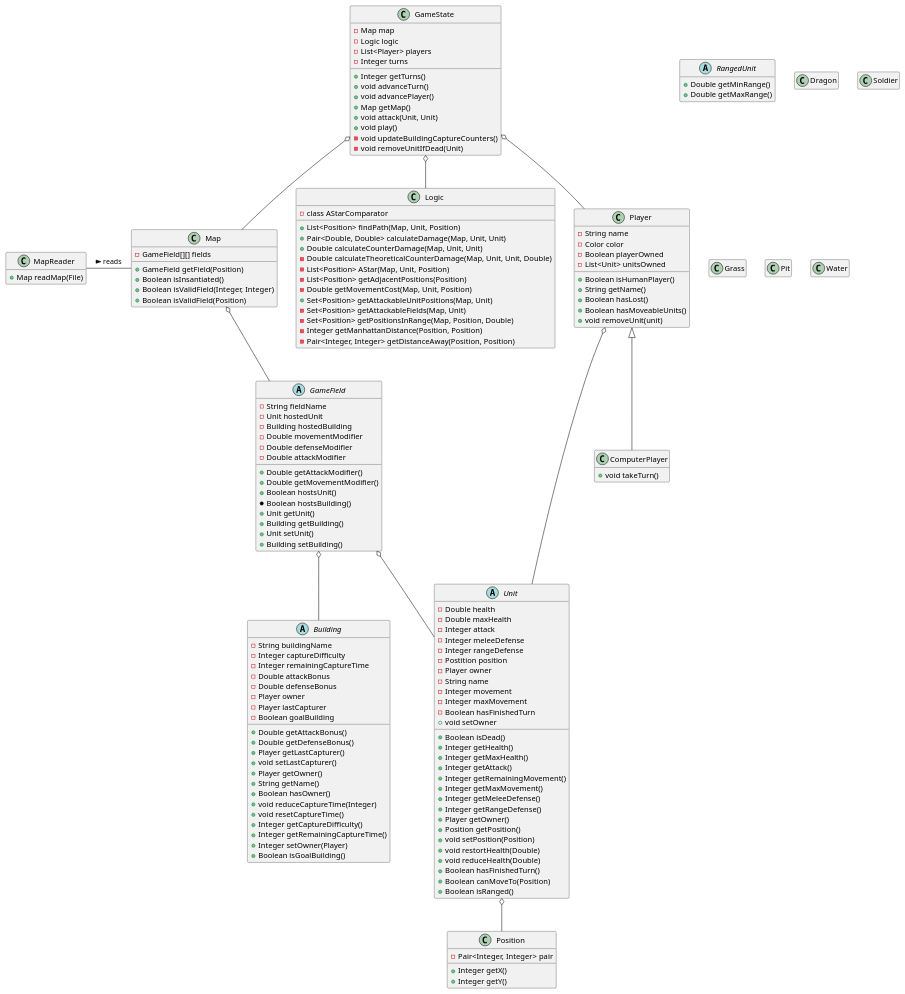
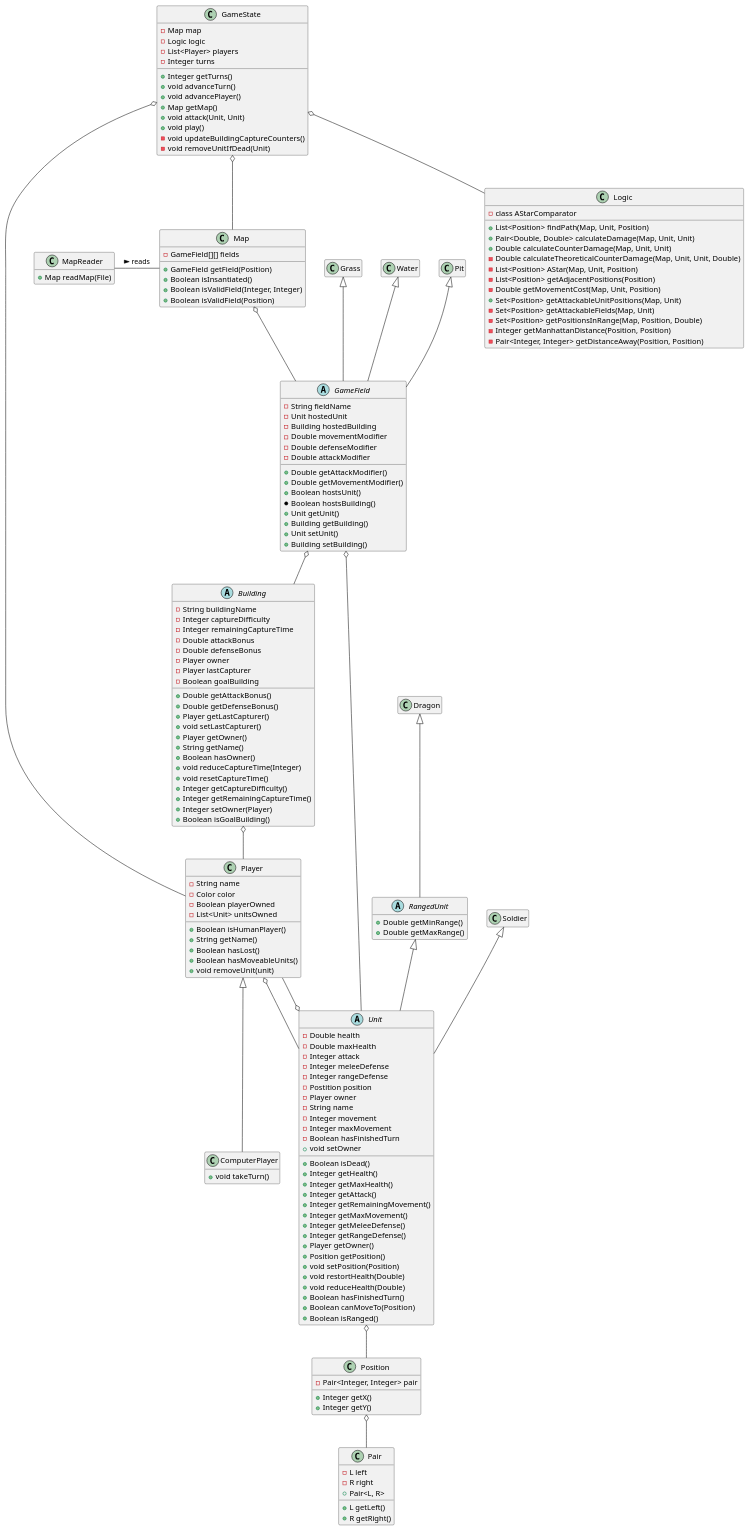
The diagram in doc/uml.plantuml (Fuuzetsu/dragon-wars), drawn with PlantUML before and after one commit.

Commit message:
Link up all the classes

```diff
--- a/doc/uml.plantuml
+++ b/doc/uml.plantuml
@@ -1,175 +1,192 @@
 @startuml
 GameState o-- Map
 GameState o-- Logic
 GameState o-- Player
+Building o-- Player
 MapReader - Map : reads >
 Map o-- GameField
 GameField o-- Building
 GameField o-- Unit
+Position o-- Pair
 Unit o-- Position
+Unit o-- Player
 Player o-- Unit
 Player <|-- ComputerPlayer
+RangedUnit <|-- Unit
+Dragon <|-- RangedUnit
+Soldier <|-- Unit
+Grass <|-- GameField
+Water <|-- GameField
+Pit <|-- GameField
 
 
 class GameState {
       -Map map
       -Logic logic
       -List<Player> players
       -Integer turns
       +Integer getTurns()
       +void advanceTurn()
       +void advancePlayer()
       +Map getMap()
       +void attack(Unit, Unit)
       +void play()
       -void updateBuildingCaptureCounters()
       -void removeUnitIfDead(Unit)
       
 }
 
 class Map {
       -GameField[][] fields
       +GameField getField(Position)
       +Boolean isInsantiated()
       +Boolean isValidField(Integer, Integer)
       +Boolean isValidField(Position)
 }
 
 class Position {
       -Pair<Integer, Integer> pair
       +Integer getX()
       +Integer getY()
 }
 
 class MapReader {
       +Map readMap(File)
+}
+
+class Pair {
+      -L left
+      -R right
+      +Pair<L, R>
+      +L getLeft()
+      +R getRight()
 }
 
 abstract class Unit {	 
       -Double health
       -Double maxHealth
       -Integer attack
       -Integer meleeDefense
       -Integer rangeDefense
       -Postition position
       -Player owner
       -String name
       -Integer movement
       -Integer maxMovement
       -Boolean hasFinishedTurn
       +Boolean isDead()
       +Integer getHealth()
       +Integer getMaxHealth()
       +Integer getAttack()
       +Integer getRemainingMovement()			 	 
       +Integer getMaxMovement()			 	 
       +Integer getMeleeDefense()
       +Integer getRangeDefense()
       +Player getOwner()
       +void setOwner
       +Position getPosition()
       +void setPosition(Position)
       +void restortHealth(Double)
       +void reduceHealth(Double)
       +Boolean hasFinishedTurn()
       +Boolean canMoveTo(Position)
       +Boolean isRanged()
 }
 
 class Logic {
       +List<Position> findPath(Map, Unit, Position)
       +Pair<Double, Double> calculateDamage(Map, Unit, Unit)
       +Double calculateCounterDamage(Map, Unit, Unit)
       -Double calculateTheoreticalCounterDamage(Map, Unit, Unit, Double)
       -List<Position> AStar(Map, Unit, Position)
       -List<Position> getAdjacentPositions(Position)
       -class AStarComparator
       -Double getMovementCost(Map, Unit, Position)
       +Set<Position> getAttackableUnitPositions(Map, Unit)
       -Set<Position> getAttackableFields(Map, Unit)
       -Set<Position> getPositionsInRange(Map, Position, Double)
       -Integer getManhattanDistance(Position, Position)
       -Pair<Integer, Integer> getDistanceAway(Position, Position)
       
 }
 
 class Player {
       -String name
       -Color color
       -Boolean playerOwned
       -List<Unit> unitsOwned
       +Boolean isHumanPlayer()
       +String getName()
       +Boolean hasLost()
       +Boolean hasMoveableUnits()
       +void removeUnit(unit)
 }
 
 class ComputerPlayer {
       +void takeTurn()
 }
 
 abstract class Building {
       -String buildingName
       -Integer captureDifficulty
       -Integer remainingCaptureTime
       -Double attackBonus
       -Double defenseBonus
       -Player owner
       -Player lastCapturer
       -Boolean goalBuilding
       +Double getAttackBonus()
       +Double getDefenseBonus()
       +Player getLastCapturer()
       +void setLastCapturer()
       +Player getOwner()
       +String getName()
       +Boolean hasOwner()
       +void reduceCaptureTime(Integer)
       +void resetCaptureTime()
       +Integer getCaptureDifficulty()
       +Integer getRemainingCaptureTime()
       +Integer setOwner(Player)
       +Boolean isGoalBuilding()      
 }
 
 abstract class GameField {
       -String fieldName
       -Unit hostedUnit
       -Building hostedBuilding
       -Double movementModifier
       -Double defenseModifier
       -Double attackModifier
       +Double getAttackModifier()
       +Double getMovementModifier()
       +Boolean hostsUnit()
       *Boolean hostsBuilding()
       +Unit getUnit()
       +Building getBuilding()
       +Unit setUnit()
       +Building setBuilding()
 }
 
 abstract class RangedUnit {
       +Double getMinRange()
       +Double getMaxRange()
 }
 
 class Dragon {
 }
 
 class Soldier {
 }
 
 class Grass {
 }
 
 class Pit {
 }
 
 class Water {
 }
 
 hide empty members
 
 @enduml
```
